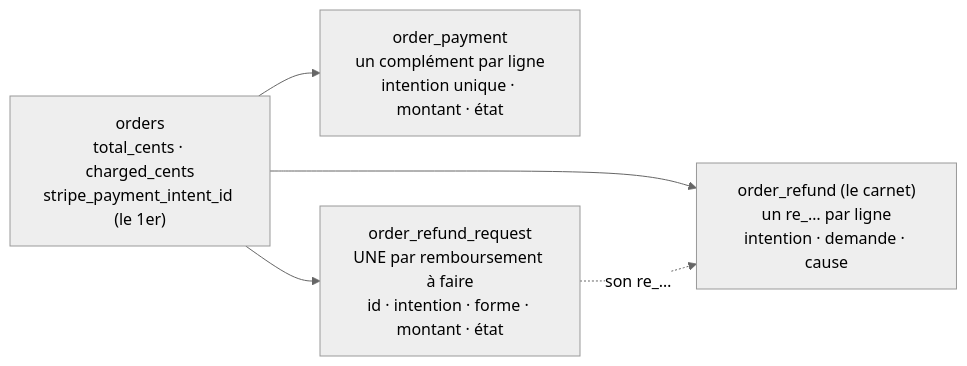
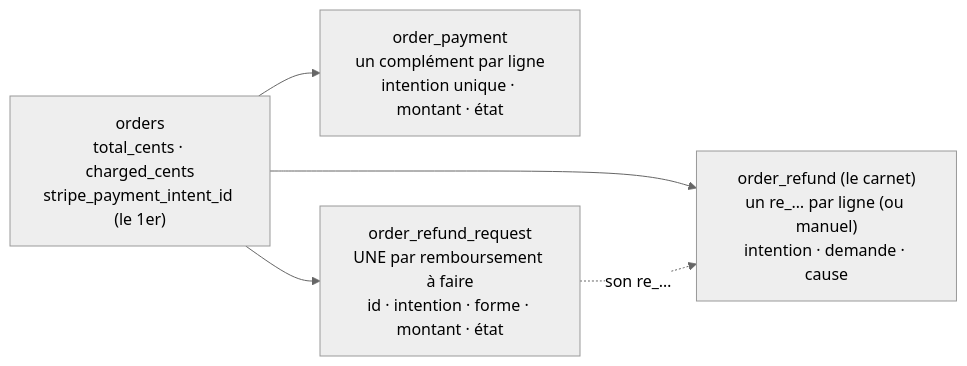
Before and after one commit to hugoheynard/lfd: the first of 4 diagrams in documentation/commandes/modification/plan-m2-historique-de-transactions.md, drawn with Mermaid (neutral theme). The commit also changed other lines of this file, not shown here.

````diff
--- a/documentation/commandes/modification/plan-m2-historique-de-transactions.md
+++ b/documentation/commandes/modification/plan-m2-historique-de-transactions.md
@@ -34,11 +40,11 @@
 ```mermaid
 flowchart LR
   O["orders<br/>total_cents · charged_cents<br/>stripe_payment_intent_id (le 1er)"]
   P["order_payment<br/>un complément par ligne<br/>intention unique · montant · état"]
   R["order_refund_request<br/>UNE par remboursement à faire<br/>id · intention · forme · montant · état"]
-  L["order_refund (le carnet)<br/>un re_… par ligne<br/>intention · demande · cause"]
+  L["order_refund (le carnet)<br/>un re_… par ligne (ou manuel)<br/>intention · demande · cause"]
   O --> P
   O --> R
   O --> L
   R -. "son re_…" .-> L
 ```
````
